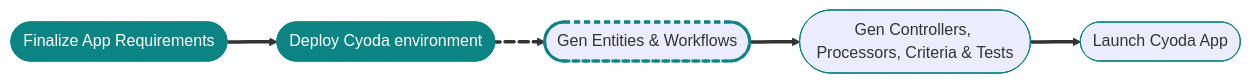
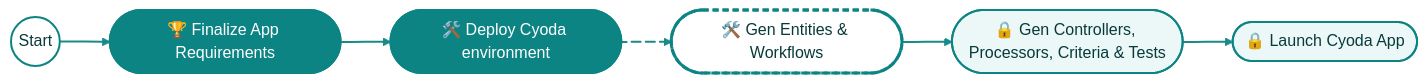
Before and after one commit to Cyoda-platform/ai-assistant: the diagram in workflow_configs/messages/notify_config_generation_0f5b/message.md, drawn with Mermaid. The commit also changed 24 other files, not shown here.

````diff
--- a/workflow_configs/messages/notify_config_generation_0f5b/message.md
+++ b/workflow_configs/messages/notify_config_generation_0f5b/message.md
@@ -3,14 +3,22 @@
 ```mermaid
+%%{init: {'theme':'base','themeVariables':{
+  'primaryColor':'#ECF8F8','primaryTextColor':'#083A3A','primaryBorderColor':'#0D8484',
+  'lineColor':'#0D8484','fontFamily':'Inter, Arial, sans-serif','edgeLabelBackground':'#FFFFFF'
+}}}%%
 graph LR
-    A([Finalize App Requirements]):::done e1@
-    ==> B([Deploy Cyoda environment]):::done e2@
-    ==> C([Gen Entities & Workflows]):::next
-    C e3@ ==> D([Gen Controllers, Processors, Criteria & Tests]):::bar
-    D e4@ ==> E([Launch Cyoda App]):::bar
+    S((Start)):::start ==> A([🏆 Finalize App Requirements]):::done
+    A e1@ ==> B([🛠️ Deploy Cyoda environment]):::done
+    B e2@ ==> C([🛠️ Gen Entities & Workflows]):::next
+    C e3@ ==> D([🔒 Gen Controllers, Processors, Criteria & Tests]):::bar
+    D e4@ ==> E([🔒 Launch Cyoda App]):::bar
 
+    %% animate handoff to next step (C)
     e2@{ animate: true }
 
-    classDef bar stroke:#0D8484
-    classDef done fill:#0D8484,stroke:#0D8484,color:#fff
-    classDef next stroke:#0D8484,stroke-width:3px,stroke-dasharray:6 4
+    classDef start fill:#FFFFFF,stroke:#0D8484,stroke-width:2px,color:#083A3A
+    classDef bar   fill:#ECF8F8,stroke:#0D8484,stroke-width:2px,rx:12,ry:12,color:#083A3A
+    classDef done  fill:#0D8484,stroke:#0D8484,stroke-width:2px,rx:12,ry:12,color:#FFFFFF
+    classDef next  fill:#FFFFFF,stroke:#0D8484,stroke-width:3px,stroke-dasharray:6 4,rx:12,ry:12,color:#083A3A
+    linkStyle default stroke:#0D8484,stroke-width:2px,opacity:0.95
+
 ```
````
